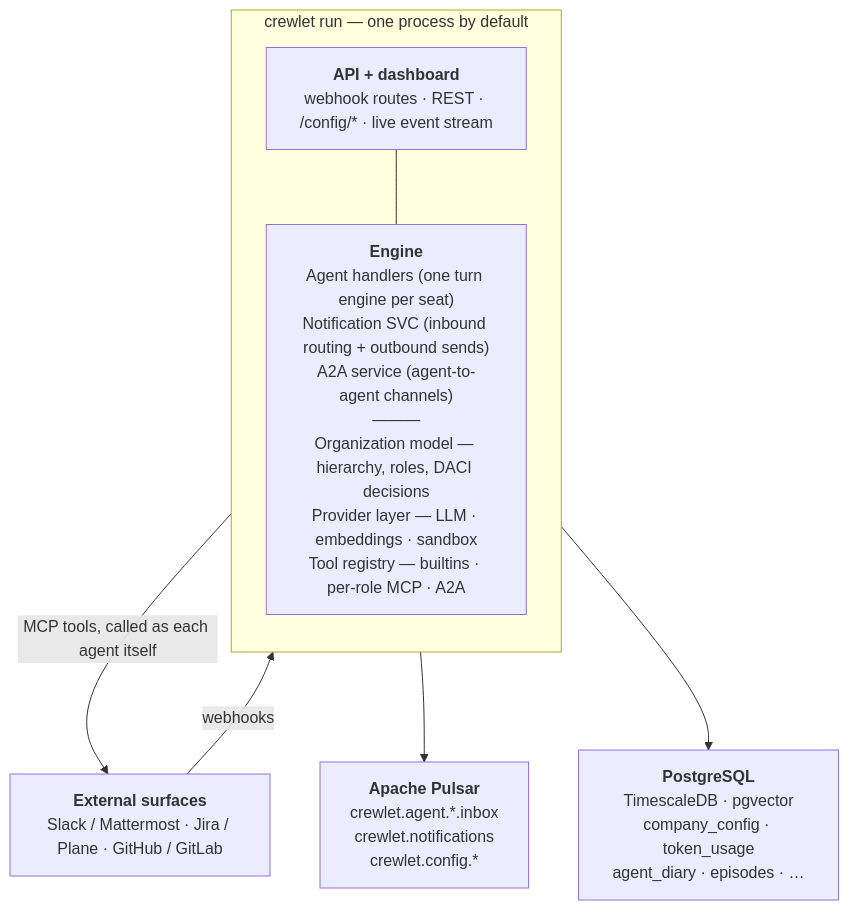
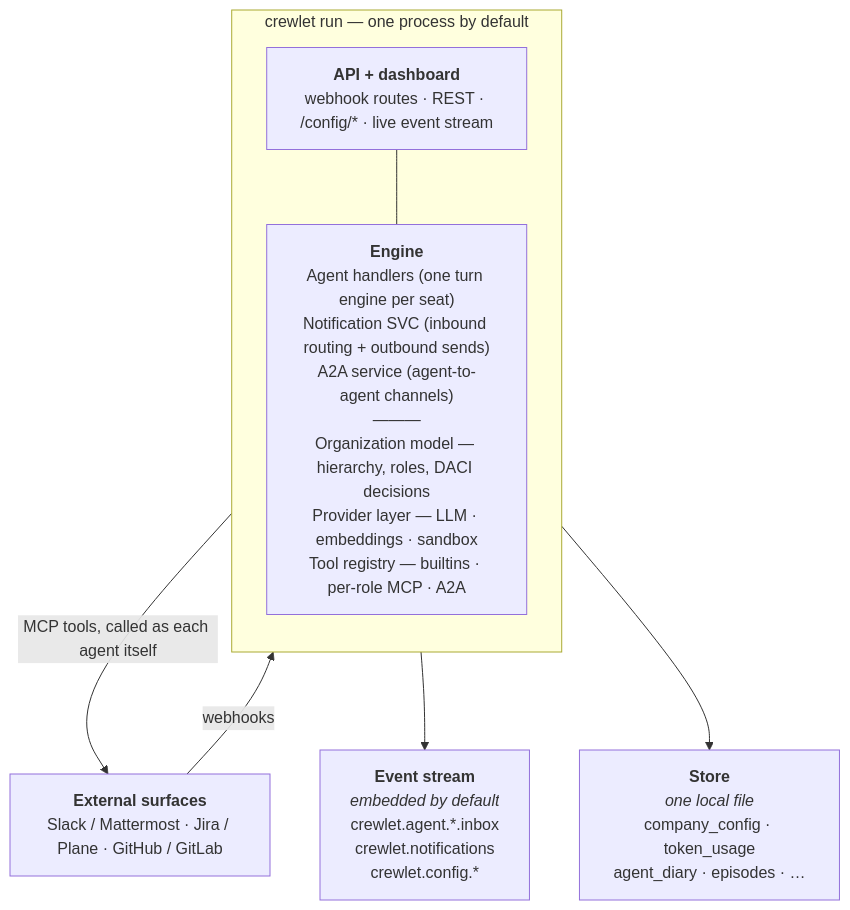
Before and after one commit to crewlet/crewlet: the diagram in docs/concepts/overview.md, drawn with Mermaid. The commit also changed other lines of this file, not shown here.

````diff
--- a/docs/concepts/overview.md
+++ b/docs/concepts/overview.md
@@ -56,16 +56,16 @@
 ```mermaid
 flowchart TD
     EXT["<b>External surfaces</b><br/>Slack / Mattermost · Jira / Plane · GitHub / GitLab"]
     subgraph proc["crewlet run — one process by default"]
         direction TB
         API["<b>API + dashboard</b><br/>webhook routes · REST · /config/* · live event stream"]
         ENG["<b>Engine</b><br/>Agent handlers (one turn engine per seat)<br/>Notification SVC (inbound routing + outbound sends)<br/>A2A service (agent-to-agent channels)<br/>———<br/>Organization model — hierarchy, roles, DACI decisions<br/>Provider layer — LLM · embeddings · sandbox<br/>Tool registry — builtins · per-role MCP · A2A"]
         API --- ENG
     end
-    PULSAR["<b>Apache Pulsar</b><br/>crewlet.agent.*.inbox<br/>crewlet.notifications<br/>crewlet.config.*"]
-    PG["<b>PostgreSQL</b><br/>TimescaleDB · pgvector<br/>company_config · token_usage<br/>agent_diary · episodes · …"]
+    STREAM["<b>Event stream</b><br/><i>embedded by default</i><br/>crewlet.agent.*.inbox<br/>crewlet.notifications<br/>crewlet.config.*"]
+    DB["<b>Store</b><br/><i>one local file</i><br/>company_config · token_usage<br/>agent_diary · episodes · …"]
     EXT -->|webhooks| API
     ENG -->|"MCP tools, called as each agent itself"| EXT
-    ENG --> PULSAR
-    ENG --> PG
+    ENG --> STREAM
+    ENG --> DB
 ```
````
